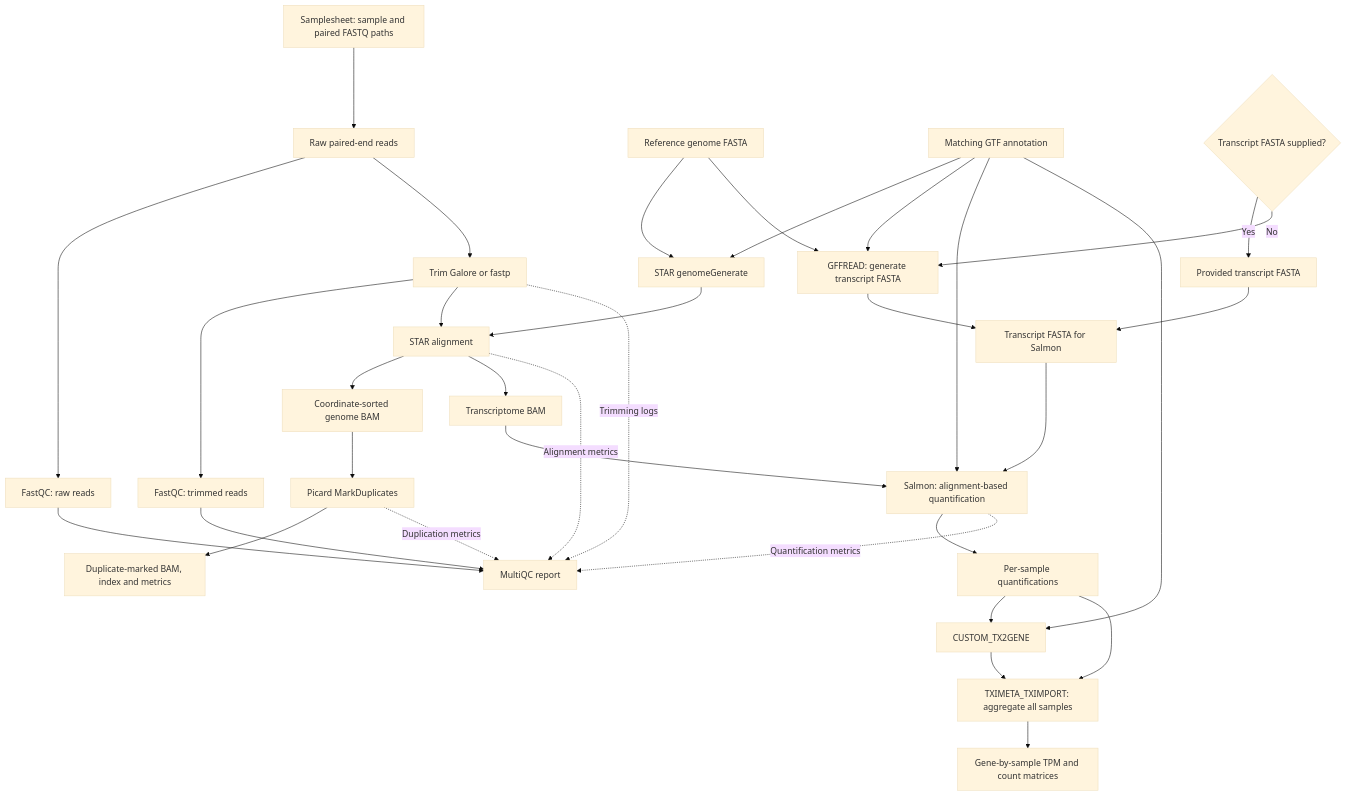
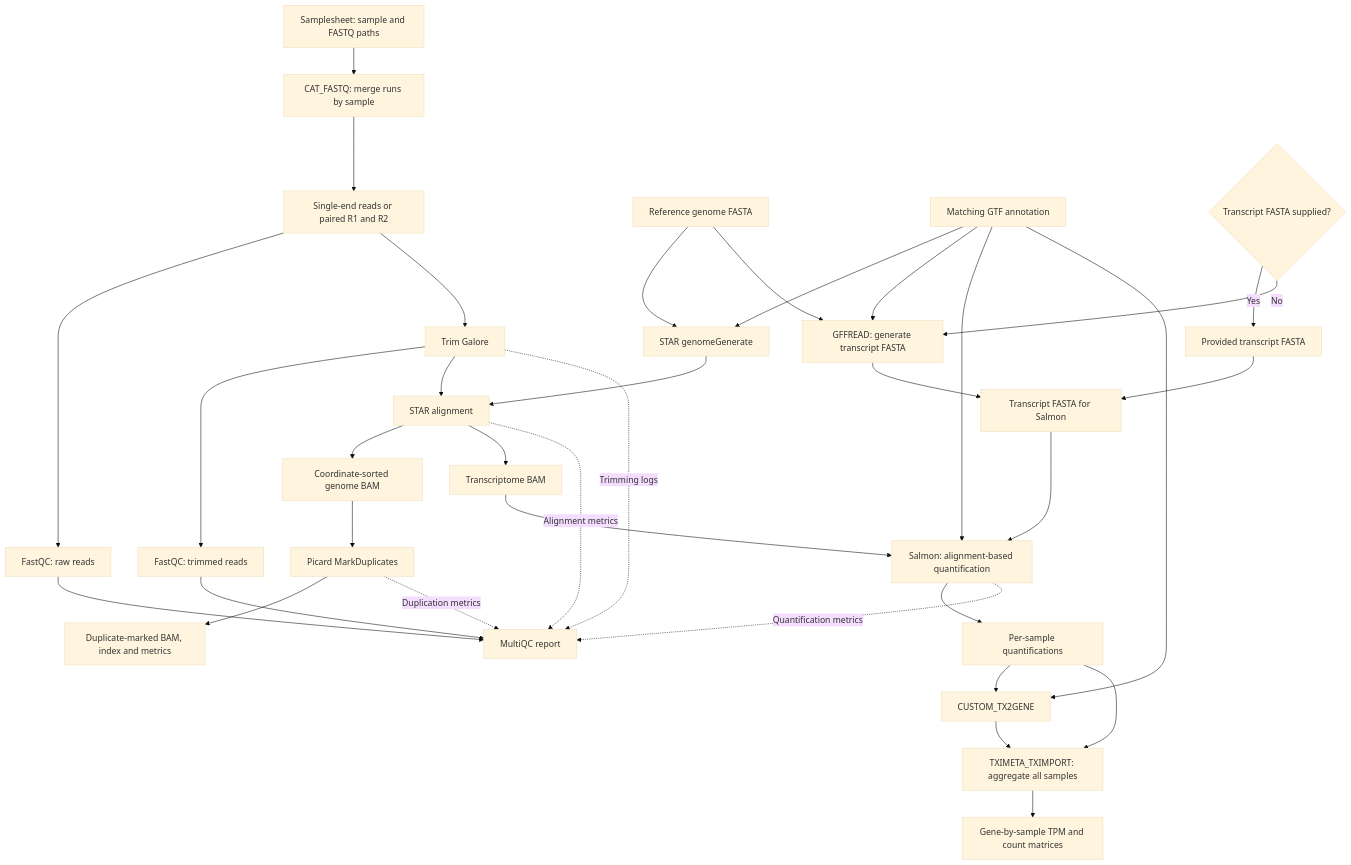
One commit to wanchenzhang/rnaseq changed the diagram in README.md. Above: the diagram before and after it, drawn with Mermaid (base theme). The commit also changed other lines of this file and 33 other files, not shown here.

Commit message:
Simplify trimming to Trim Galore and merge sample FASTQ runs

````diff
--- a/README.md
+++ b/README.md
@@ -31,37 +31,38 @@
 ```mermaid
 flowchart TD
-    S[Samplesheet: sample and paired FASTQ paths] --> R[Raw paired-end reads]
+    S[Samplesheet: sample and FASTQ paths] --> C[CAT_FASTQ: merge runs by sample]
+    C --> R[Single-end reads or paired R1 and R2]
     R --> Q1[FastQC: raw reads]
-    R --> T[Trim Galore or fastp]
+    R --> T[Trim Galore]
     T --> Q2[FastQC: trimmed reads]
     F[Reference genome FASTA] --> IDX[STAR genomeGenerate]
     G[Matching GTF annotation] --> IDX
     P{Transcript FASTA supplied?}
     P -->|Yes| PROVIDED[Provided transcript FASTA]
     P -->|No| GF[GFFREAD: generate transcript FASTA]
     F --> GF
     G --> GF
     PROVIDED --> TF[Transcript FASTA for Salmon]
     GF --> TF
     IDX --> A[STAR alignment]
     T --> A
     A --> GB[Coordinate-sorted genome BAM]
     GB --> MD[Picard MarkDuplicates]
     MD --> MB[Duplicate-marked BAM, index and metrics]
     A --> TB[Transcriptome BAM]
     TB --> SA[Salmon: alignment-based quantification]
     TF --> SA
     G --> SA
     SA --> QU[Per-sample quantifications]
     QU --> TX[CUSTOM_TX2GENE]
     G --> TX
     TX --> TI[TXIMETA_TXIMPORT: aggregate all samples]
     QU --> TI
     TI --> TPM[Gene-by-sample TPM and count matrices]
     Q1 --> MQ[MultiQC report]
     Q2 --> MQ
     T -. Trimming logs .-> MQ
     A -. Alignment metrics .-> MQ
     MD -. Duplication metrics .-> MQ
     SA -. Quantification metrics .-> MQ
 ```
````
